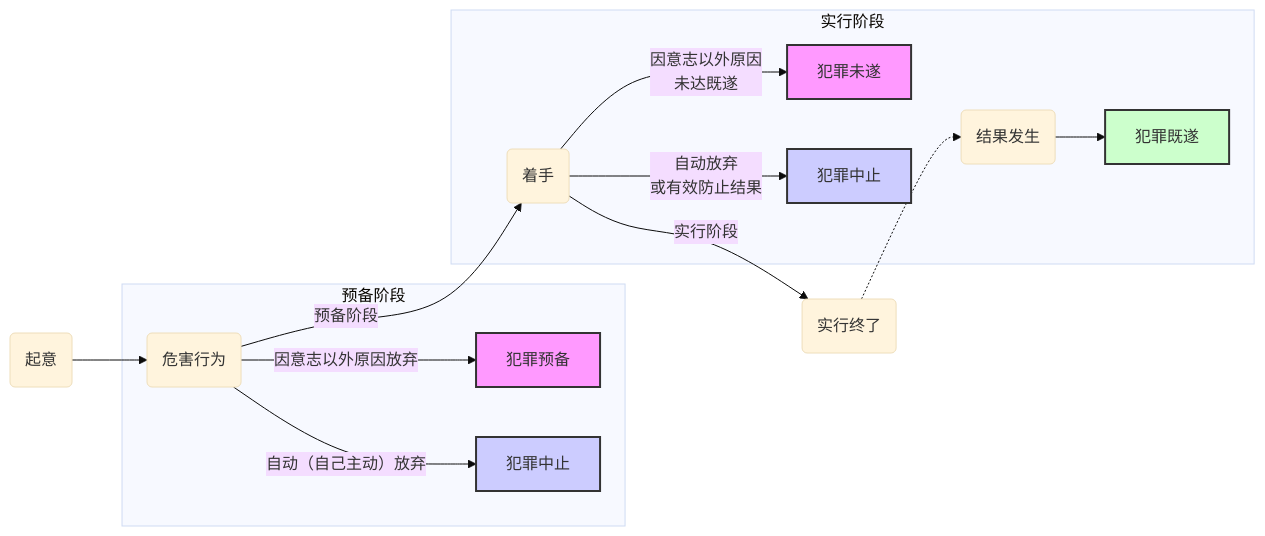
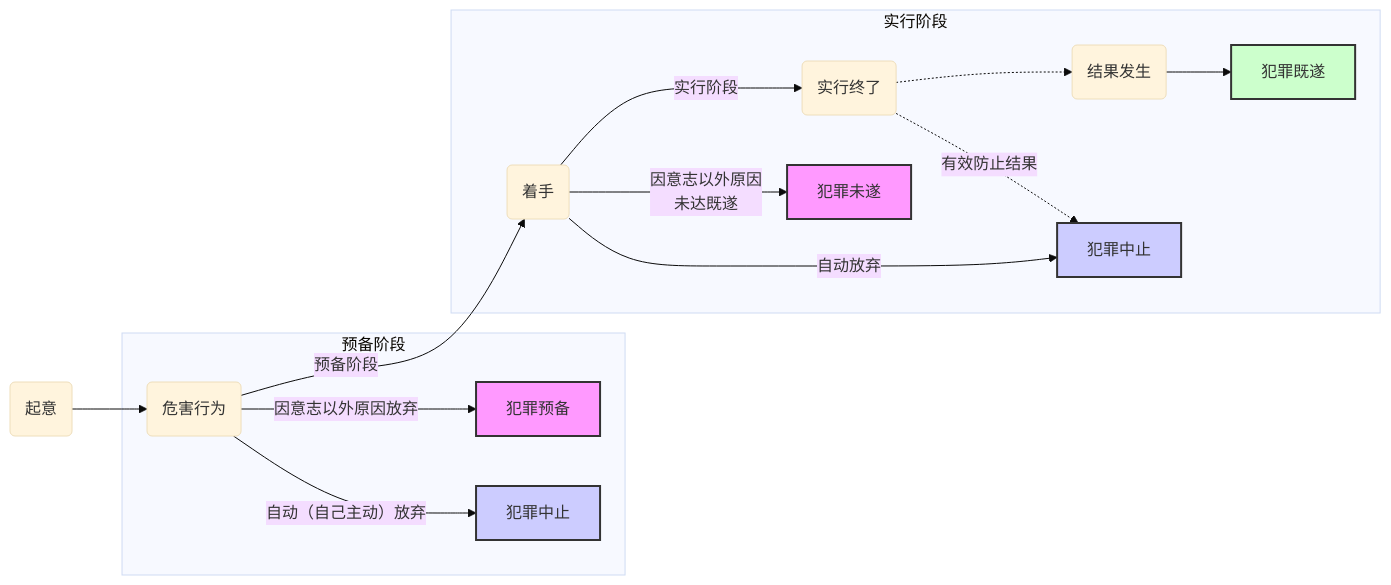
One commit to chilly-chilli/ChillyChilli changed the second of 7 diagrams in content/法学/刑法/VII 犯罪的特殊形态.md. Above: the diagram before and after it, drawn with Mermaid (base theme). The commit also changed other lines of this file and 67 other files, not shown here.

`````diff
--- a/content/法学/刑法/VII 犯罪的特殊形态.md
+++ b/content/法学/刑法/VII 犯罪的特殊形态.md
@@ -60,24 +58,25 @@
 ```mermaid
 graph LR
     A(起意) --> B(危害行为);
     B -- 预备阶段 --> C(着手);
     C -- 实行阶段 --> D(实行终了);
     D -.-> E(结果发生);
 
     subgraph 预备阶段
         B -- 因意志以外原因放弃 --> PREP[犯罪预备];
         B -- 自动（自己主动）放弃 --> STOP1[犯罪中止];
     end
 
     subgraph 实行阶段
         C -- 因意志以外原因<br>未达既遂 --> ATTEMPT[犯罪未遂];
-        C -- 自动放弃<br>或有效防止结果 --> STOP2[犯罪中止];
+        C -- 自动放弃 --> STOP2[犯罪中止];
+        D-.有效防止结果.-> STOP2
         E --> COMPLETE[犯罪既遂];
     end
 
     style PREP fill:#f9f,stroke:#333,stroke-width:2px;
     style ATTEMPT fill:#f9f,stroke:#333,stroke-width:2px;
     style STOP1 fill:#ccf,stroke:#333,stroke-width:2px;
     style STOP2 fill:#ccf,stroke:#333,stroke-width:2px;
     style COMPLETE fill:#cfc,stroke:#333,stroke-width:2px;
 ````
`````
